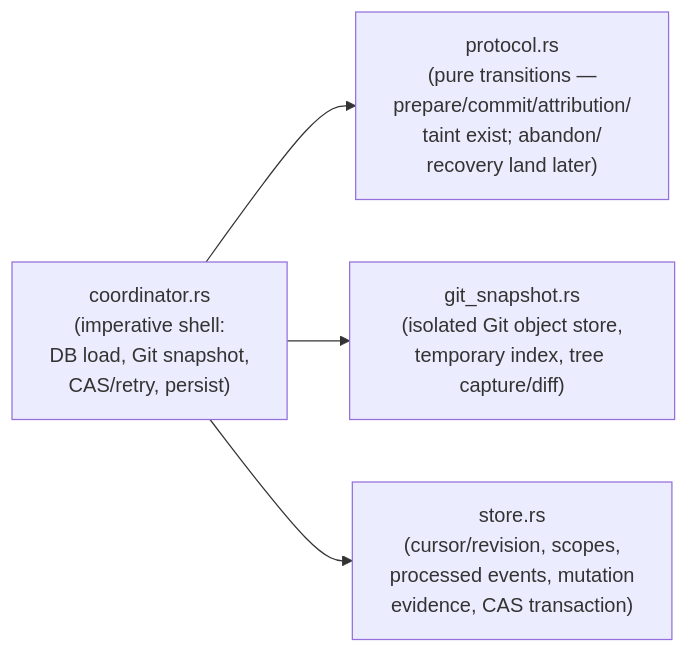
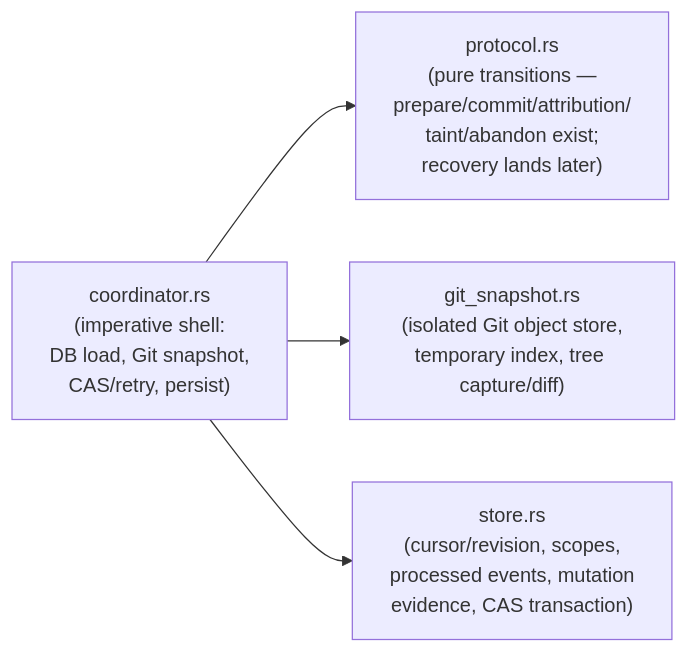
Before and after one commit to crocoder-dev/shared-context-engineering: the diagram in context/cli/mutation-trace-protocol.md, drawn with Mermaid. The commit also changed other lines of this file and 6 other files, not shown here.

````diff
--- a/context/cli/mutation-trace-protocol.md
+++ b/context/cli/mutation-trace-protocol.md
@@ -208,11 +212,11 @@
 ```mermaid
 flowchart LR
     coordinator["coordinator.rs\n(imperative shell:\nDB load, Git snapshot,\nCAS/retry, persist)"]
-    protocol["protocol.rs\n(pure transitions —\nprepare/commit/attribution/\ntaint exist; abandon/\nrecovery land later)"]
+    protocol["protocol.rs\n(pure transitions —\nprepare/commit/attribution/\ntaint/abandon exist;\nrecovery lands later)"]
     git_snapshot["git_snapshot.rs\n(isolated Git object store,\ntemporary index, tree capture/diff)"]
     store["store.rs\n(cursor/revision, scopes,\nprocessed events, mutation\nevidence, CAS transaction)"]
 
     coordinator --> protocol
     coordinator --> git_snapshot
     coordinator --> store
 ```
````
